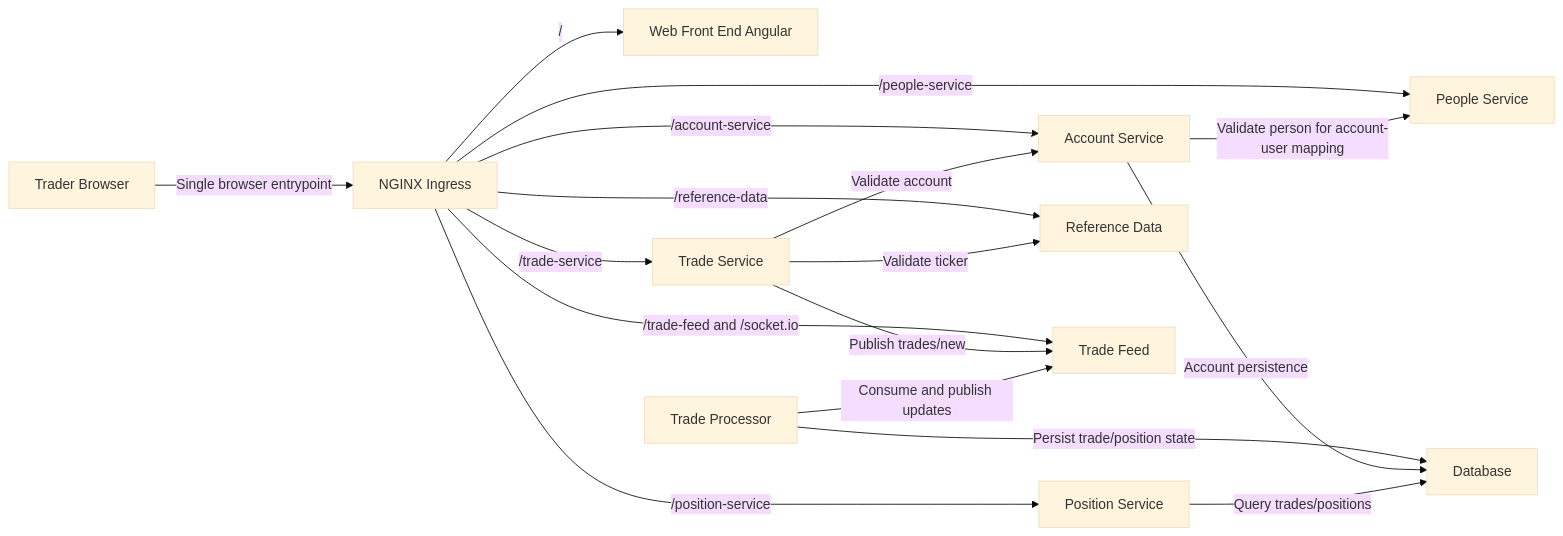
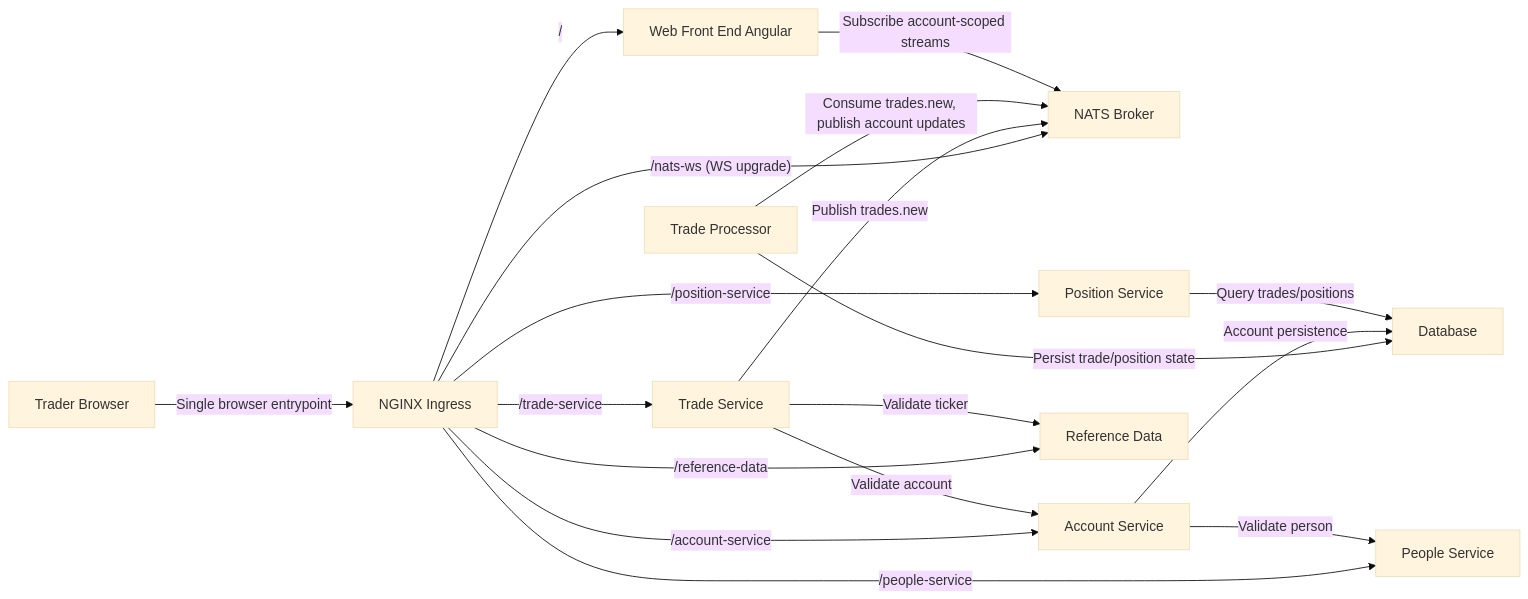
Before and after one commit to finos/traderX: the diagram in docs/learning/software-architecture.md, drawn with Mermaid (base theme). The commit also changed other lines of this file and 44 other files, not shown here.

````diff
--- a/docs/learning/software-architecture.md
+++ b/docs/learning/software-architecture.md
@@ -41,30 +42,31 @@
 ```mermaid
 flowchart LR
   trader["Trader Browser"]
   ingress["NGINX Ingress"]
   web["Web Front End Angular"]
+  nats["NATS Broker"]
+  tradeService["Trade Service"]
+  tradeProcessor["Trade Processor"]
   account["Account Service"]
   position["Position Service"]
-  tradeService["Trade Service"]
   referenceData["Reference Data"]
   people["People Service"]
-  tradeFeed["Trade Feed"]
-  tradeProcessor["Trade Processor"]
   database["Database"]
   trader -->|"Single browser entrypoint"| ingress
   ingress -->|"/"| web
   ingress -->|"/account-service"| account
   ingress -->|"/position-service"| position
   ingress -->|"/trade-service"| tradeService
   ingress -->|"/reference-data"| referenceData
   ingress -->|"/people-service"| people
-  ingress -->|"/trade-feed and /socket.io"| tradeFeed
+  ingress -->|"/nats-ws (WS upgrade)"| nats
   tradeService -->|"Validate account"| account
   tradeService -->|"Validate ticker"| referenceData
-  tradeService -->|"Publish trades/new"| tradeFeed
-  tradeProcessor -->|"Consume and publish updates"| tradeFeed
+  tradeService -->|"Publish trades.new"| nats
+  tradeProcessor -->|"Consume trades.new, publish account updates"| nats
+  web -->|"Subscribe account-scoped streams"| nats
   tradeProcessor -->|"Persist trade/position state"| database
   account -->|"Account persistence"| database
   position -->|"Query trades/positions"| database
-  account -->|"Validate person for account-user mapping"| people
+  account -->|"Validate person"| people
 ```
````
